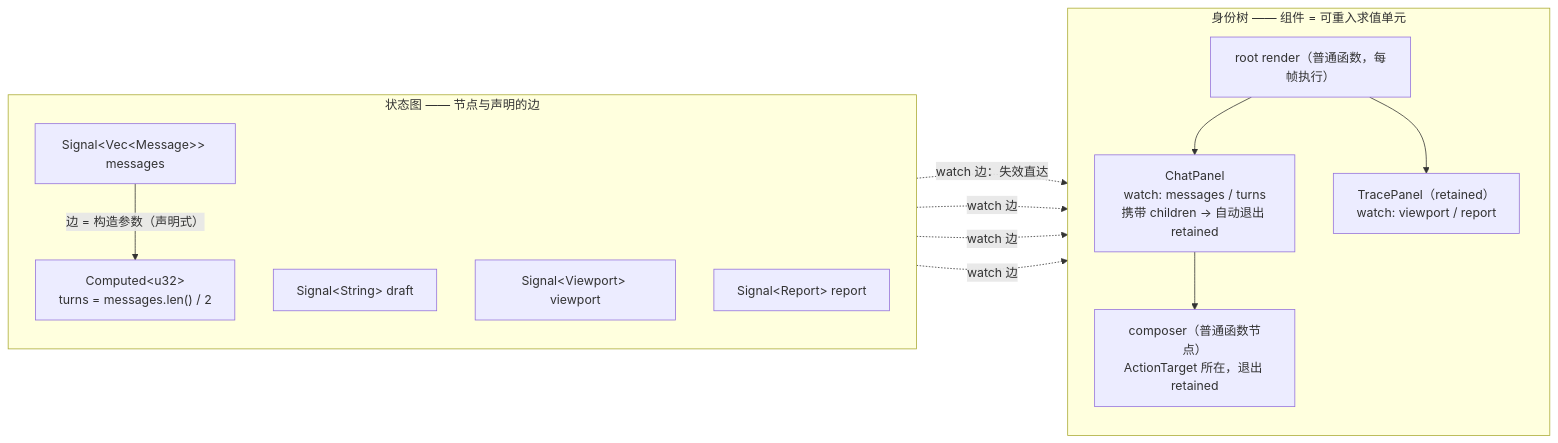
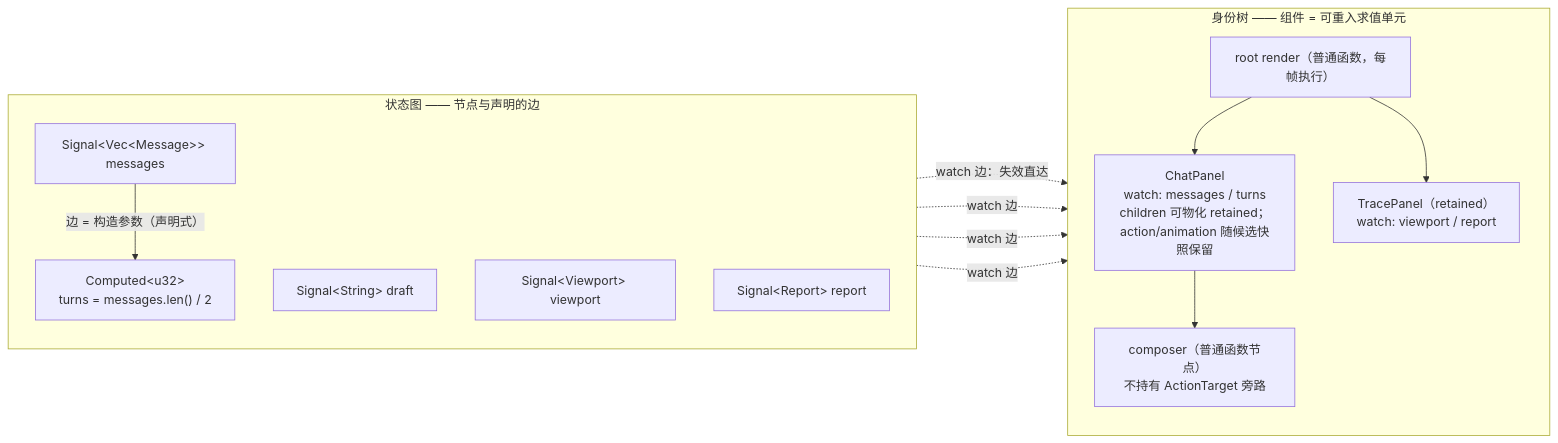
Before and after one commit to nyml2003/tela: the first of 4 diagrams in docs/001-响应式核心抽象：边、坐标与身份.md, drawn with Mermaid. The commit also changed other lines of this file and 166 other files, not shown here.

````diff
--- a/docs/001-响应式核心抽象：边、坐标与身份.md
+++ b/docs/001-响应式核心抽象：边、坐标与身份.md
@@ -138,28 +155,28 @@
 ```mermaid
 graph LR
     subgraph G["状态图 —— 节点与声明的边"]
         direction TB
         MSG["Signal&lt;Vec&lt;Message&gt;&gt; messages"]
         DRAFT["Signal&lt;String&gt; draft"]
         VP["Signal&lt;Viewport&gt; viewport"]
         RPT["Signal&lt;Report&gt; report"]
         TURNS["Computed&lt;u32&gt;<br/>turns = messages.len() / 2"]
         MSG -->|"边 = 构造参数（声明式）"| TURNS
     end
 
     subgraph T["身份树 —— 组件 = 可重入求值单元"]
         direction TB
         ROOT["root render（普通函数，每帧执行）"]
-        CHAT["ChatPanel<br/>watch: messages / turns<br/>携带 children → 自动退出 retained"]
+        CHAT["ChatPanel<br/>watch: messages / turns<br/>children 可物化 retained；action/animation 随候选快照保留"]
         TRACE["TracePanel（retained）<br/>watch: viewport / report"]
-        COMPOSER["composer（普通函数节点）<br/>ActionTarget 所在，退出 retained"]
+        COMPOSER["composer（普通函数节点）<br/>不持有 ActionTarget 旁路"]
         ROOT --> CHAT
         ROOT --> TRACE
         CHAT --> COMPOSER
     end
 
     MSG -. "watch 边：失效直达" .-> CHAT
     TURNS -. "watch 边" .-> CHAT
     VP -. "watch 边" .-> TRACE
     RPT -. "watch 边" .-> TRACE
 ```
````
